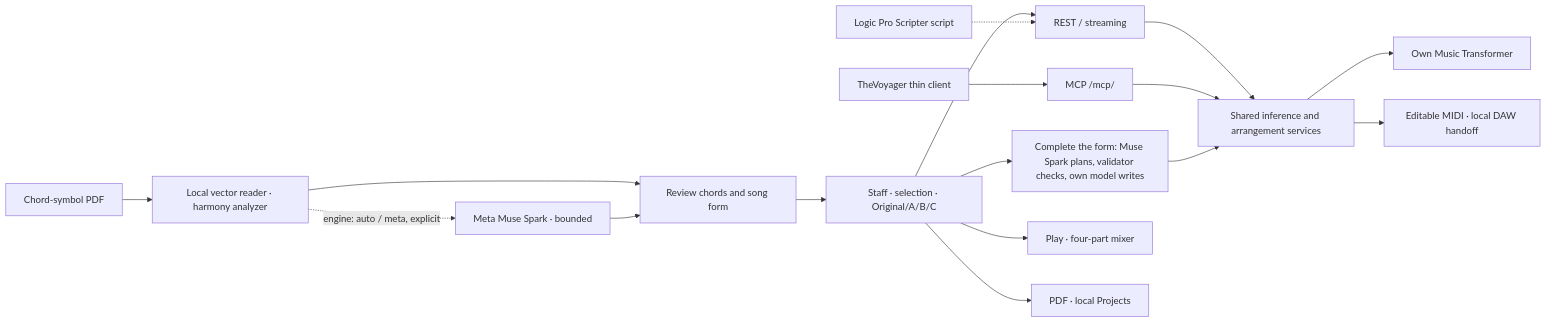
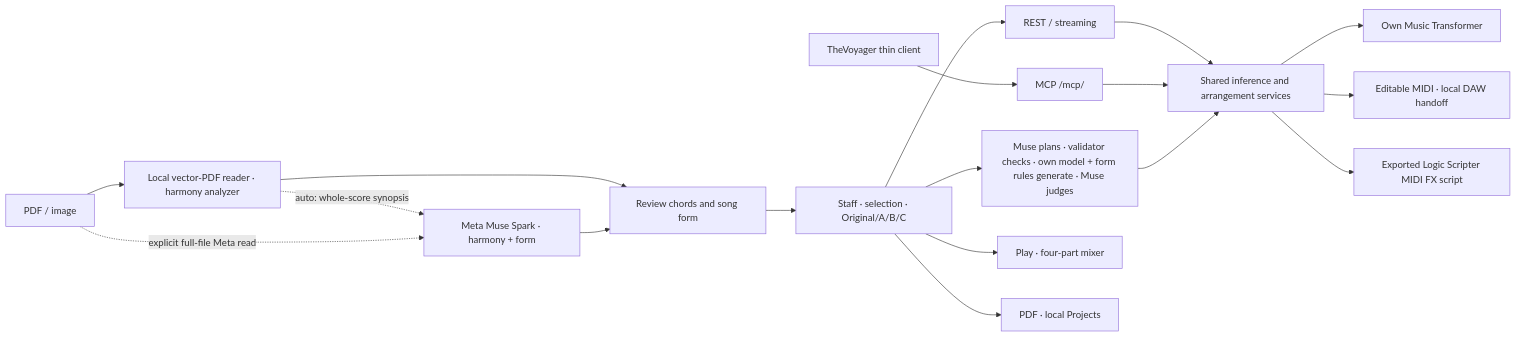
The first of 4 diagrams in README.md (PearlLeeStudio/TheArtist-DAW), drawn with Mermaid before and after one commit. The commit also changed other lines of this file and 12 other files, not shown here.

First line of the commit message:
docs(demo): refresh Safari Logic and PDF evidence for current workflow

````diff
--- a/README.md
+++ b/README.md
@@ -244,19 +310,20 @@
 ```mermaid
 flowchart LR
-  Score["Chord-symbol PDF"] --> Local["Local vector reader · harmony analyzer"]
-  Local -. "engine: auto / meta, explicit" .-> Meta["Meta Muse Spark · bounded"]
+  Score["PDF / image"] --> Local["Local vector-PDF reader · harmony analyzer"]
+  Local -. "auto: whole-score synopsis" .-> Meta["Meta Muse Spark · harmony + form"]
+  Score -. "explicit full-file Meta read" .-> Meta
   Local --> Review["Review chords and song form"]
   Meta --> Review
   Review --> Editor["Staff · selection · Original/A/B/C"]
-  Editor --> Planner["Complete the form: Muse Spark plans, validator checks, own model writes"]
+  Editor --> Planner["Muse plans · validator checks · own model + form rules generate · Muse judges"]
   Editor --> Rest["REST / streaming"]
   Voyager["TheVoyager thin client"] --> MCP["MCP /mcp/"]
-  Scripter["Logic Pro Scripter script"] -.-> Rest
   Rest --> Music["Shared inference and arrangement services"]
   MCP --> Music
   Planner --> Music
   Music --> MT["Own Music Transformer"]
   Music --> MIDI["Editable MIDI · local DAW handoff"]
+  Music --> Scripter["Exported Logic Scripter MIDI FX script"]
   Editor --> Play["Play · four-part mixer"]
   Editor --> Files["PDF · local Projects"]
 ```
````
